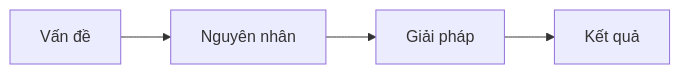
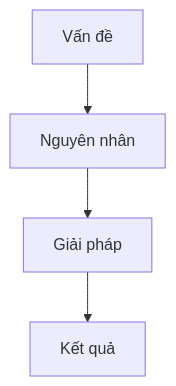
Before and after one commit to dev-thuong/knowledge-hub: the diagram in 1.2 Dự án [vi]/0. Hướng dẫn/1. Quy tắc tổ chức thư mục.md, drawn with Mermaid. The commit also changed other lines of this file, not shown here.

````diff
--- a/1.2 Dự án [vi]/0. Hướng dẫn/1. Quy tắc tổ chức thư mục.md
+++ b/1.2 Dự án [vi]/0. Hướng dẫn/1. Quy tắc tổ chức thư mục.md
@@ -151,4 +152,4 @@
 ```mermaid
-flowchart LR
+flowchart TD
     A[Vấn đề] --> B[Nguyên nhân] --> C[Giải pháp] --> D[Kết quả]
 ```
````
